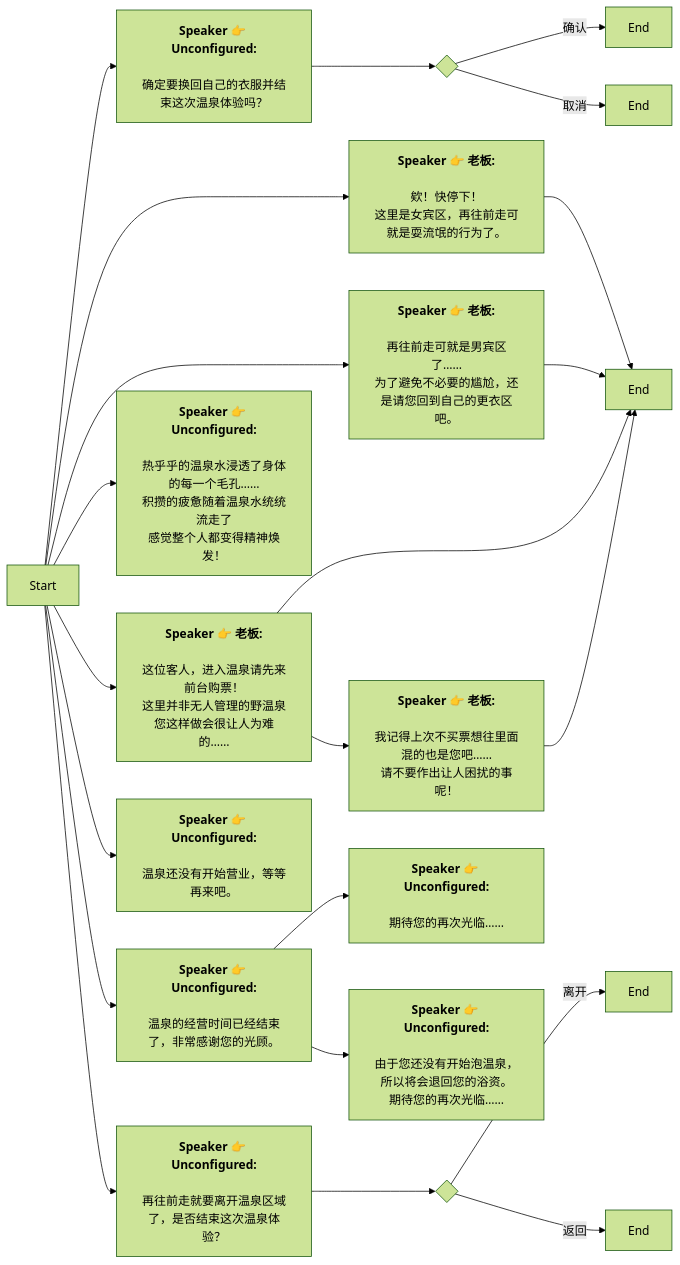
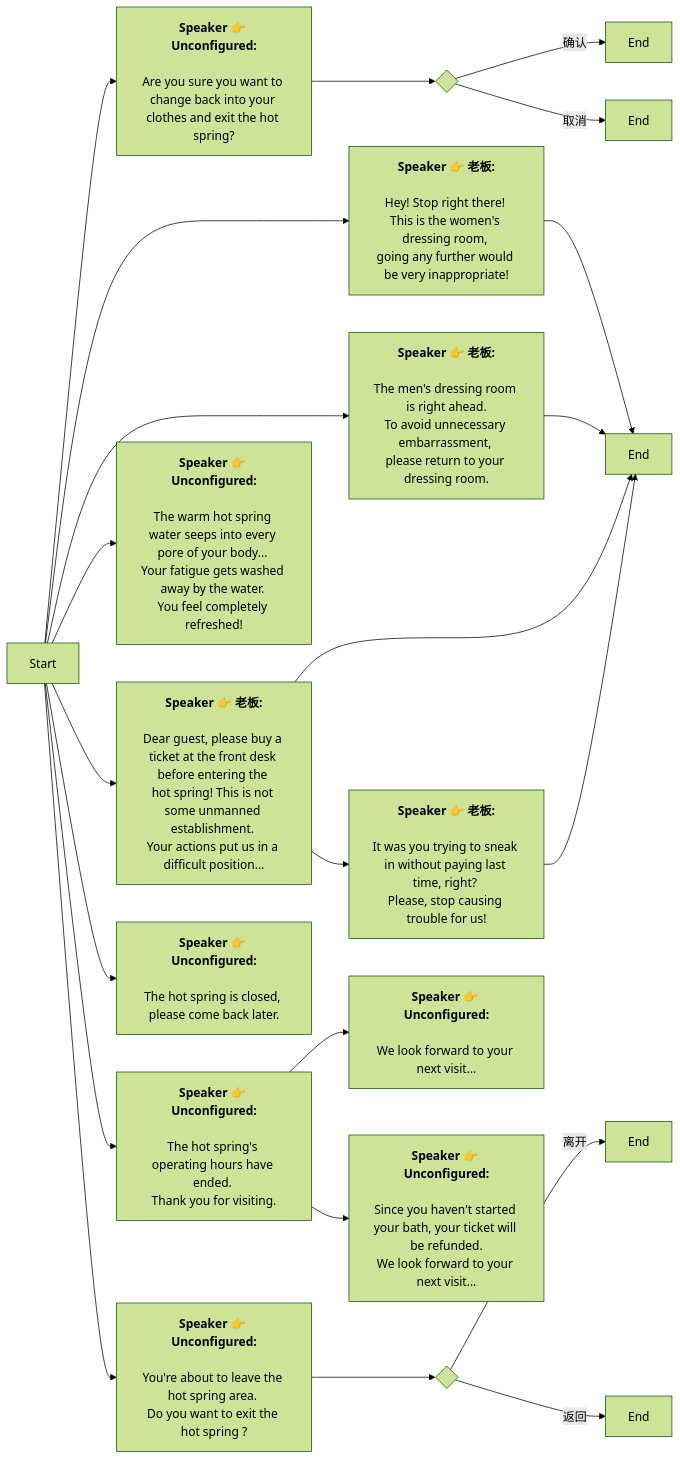
One commit to SoftHu/tos_avg changed the diagram in Zh/HotSpringTip.md. Above: the diagram before and after it, drawn with Mermaid (forest theme). The commit also changed 312 other files, not shown here.

````diff
--- a/Zh/HotSpringTip.md
+++ b/Zh/HotSpringTip.md
@@ -1,55 +1,60 @@
 ```mermaid
 graph LR
 Start -->1766836454846372[<b>Speaker 👉 Unconfigured:</b>
 
-确定要换回自己的衣服并结束这次温泉体验吗？]
+Are you sure you want to change back into your 
+clothes and exit the hot spring?]
 1766836454846372 -->1766836545220517{ }
 1766836545220517 -->|确认|1766836562522026[End]
 1766836545220517 -->|取消|1766836566630315[End]
 Start -->1766852287585140[<b>Speaker 👉 老板:</b>
 
-欸！快停下！
-这里是女宾区，再往前走可就是耍流氓的行为了。]
+Hey! Stop right there! 
+This is the women's dressing room, 
+going any further would be very inappropriate!]
 1766852287585140 -->1766852287585141[End]
 Start -->1766852287586167[<b>Speaker 👉 老板:</b>
 
-再往前走可就是男宾区了……
-为了避免不必要的尴尬，还是请您回到自己的更衣区吧。]
+The men's dressing room is right ahead.
+To avoid unnecessary embarrassment, 
+please return to your dressing room.]
 1766852287586167 -->1766852287585141[End]
 Start -->1766852287587193[<b>Speaker 👉 老板:</b>
 
-这位客人，进入温泉请先来前台购票！
-这里并非无人管理的野温泉
-您这样做会很让人为难的……]
+Dear guest, please buy a ticket at the front desk before entering the 
+hot spring! This is not some unmanned establishment. 
+Your actions put us in a difficult position...]
 1766852287587193 -->1766852287585141[End]
 1766852287587193 -->1767554932649846[<b>Speaker 👉 老板:</b>
 
-我记得上次不买票想往里面混的也是您吧……
-请不要作出让人困扰的事呢！]
+It was you trying to sneak in without paying last time, right? 
+Please, stop causing trouble for us!]
 1767554932649846 -->1766852287585141[End]
 Start -->1766918374598516[<b>Speaker 👉 Unconfigured:</b>
 
-再往前走就要离开温泉区域了，是否结束这次温泉体验？]
+You're about to leave the hot spring area. 
+Do you want to exit the hot spring ?]
 1766918374598516 -->1766918444977013{ }
 1766918444977013 -->|离开|1766918461645690[End]
 1766918444977013 -->|返回|1766918461645691[End]
 Start -->1767362903380854[<b>Speaker 👉 Unconfigured:</b>
 
-热乎乎的温泉水浸透了身体的每一个毛孔……
-积攒的疲惫随着温泉水统统流走了
-感觉整个人都变得精神焕发！]
+The warm hot spring water seeps into every pore of your body... 
+Your fatigue gets washed away by the water. 
+You feel completely refreshed!]
 Start -->1767390022138742[<b>Speaker 👉 Unconfigured:</b>
 
-温泉的经营时间已经结束了，非常感谢您的光顾。]
+The hot spring's operating hours have ended. 
+Thank you for visiting.]
 1767390022138742 -->1767393921749878[<b>Speaker 👉 Unconfigured:</b>
 
-期待您的再次光临……]
+We look forward to your next visit...]
 1767390022138742 -->1767393960097655[<b>Speaker 👉 Unconfigured:</b>
 
-由于您还没有开始泡温泉，所以将会退回您的浴资。
-期待您的再次光临……]
+Since you haven't started your bath, your ticket will be refunded.
+We look forward to your next visit...]
 Start -->1767391865579382[<b>Speaker 👉 Unconfigured:</b>
 
-温泉还没有开始营业，等等再来吧。]
+The hot spring is closed, please come back later.]
 
  ```
````
